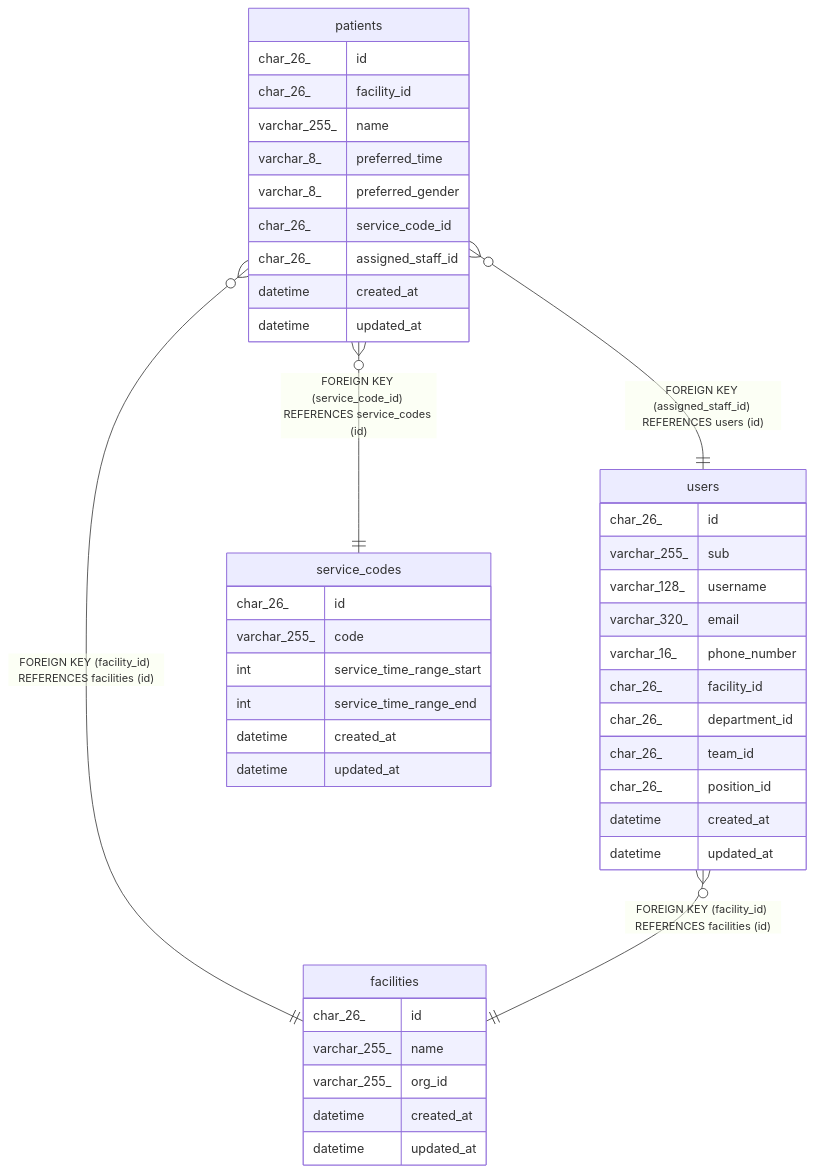
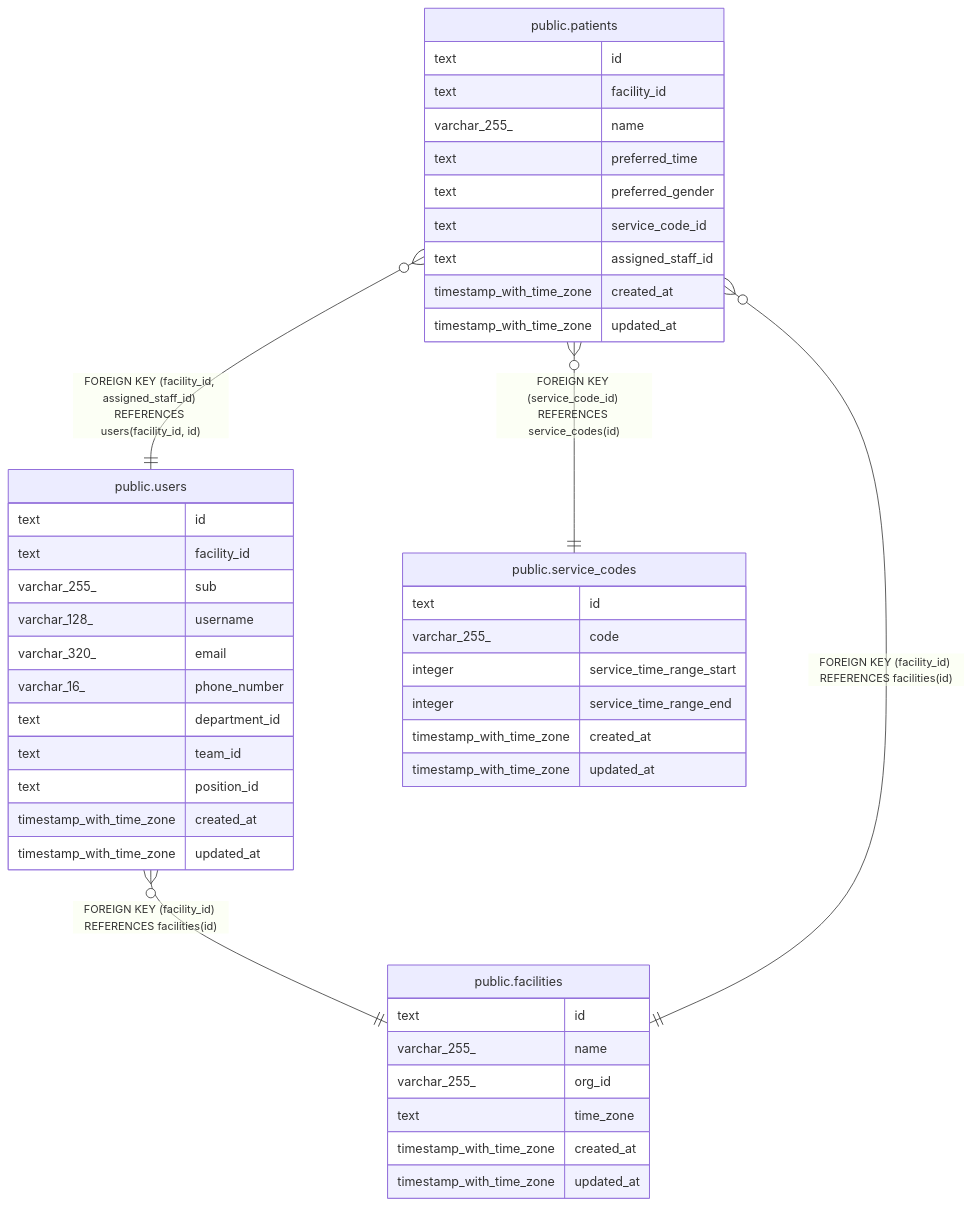
Before and after one commit to Fukuemon/buddy: the diagram in docs/db/schedule-api/viewpoint-patients.md, drawn with Mermaid. The commit also changed other lines of this file and 62 other files, not shown here.

````diff
--- a/docs/db/schedule-api/viewpoint-patients.md
+++ b/docs/db/schedule-api/viewpoint-patients.md
@@ -18,48 +18,49 @@
 ```mermaid
 erDiagram
 
-"patients" }o--|| "users" : "FOREIGN KEY (assigned_staff_id) REFERENCES users (id)"
-"patients" }o--|| "facilities" : "FOREIGN KEY (facility_id) REFERENCES facilities (id)"
-"patients" }o--|| "service_codes" : "FOREIGN KEY (service_code_id) REFERENCES service_codes (id)"
-"users" }o--|| "facilities" : "FOREIGN KEY (facility_id) REFERENCES facilities (id)"
+"public.users" }o--|| "public.facilities" : "FOREIGN KEY (facility_id) REFERENCES facilities(id)"
+"public.patients" }o--|| "public.facilities" : "FOREIGN KEY (facility_id) REFERENCES facilities(id)"
+"public.patients" }o--|| "public.users" : "FOREIGN KEY (facility_id, assigned_staff_id) REFERENCES users(facility_id, id)"
+"public.patients" }o--|| "public.service_codes" : "FOREIGN KEY (service_code_id) REFERENCES service_codes(id)"
 
-"facilities" {
-  char_26_ id
+"public.facilities" {
+  text id
   varchar_255_ name
   varchar_255_ org_id
-  datetime created_at
-  datetime updated_at
+  text time_zone
+  timestamp_with_time_zone created_at
+  timestamp_with_time_zone updated_at
 }
-"patients" {
-  char_26_ id
-  char_26_ facility_id
-  varchar_255_ name
-  varchar_8_ preferred_time
-  varchar_8_ preferred_gender
-  char_26_ service_code_id
-  char_26_ assigned_staff_id
-  datetime created_at
-  datetime updated_at
-}
-"service_codes" {
-  char_26_ id
-  varchar_255_ code
-  int service_time_range_start
-  int service_time_range_end
-  datetime created_at
-  datetime updated_at
-}
-"users" {
-  char_26_ id
+"public.users" {
+  text id
+  text facility_id
   varchar_255_ sub
   varchar_128_ username
   varchar_320_ email
   varchar_16_ phone_number
-  char_26_ facility_id
-  char_26_ department_id
-  char_26_ team_id
-  char_26_ position_id
-  datetime created_at
-  datetime updated_at
+  text department_id
+  text team_id
+  text position_id
+  timestamp_with_time_zone created_at
+  timestamp_with_time_zone updated_at
+}
+"public.service_codes" {
+  text id
+  varchar_255_ code
+  integer service_time_range_start
+  integer service_time_range_end
+  timestamp_with_time_zone created_at
+  timestamp_with_time_zone updated_at
+}
+"public.patients" {
+  text id
+  text facility_id
+  varchar_255_ name
+  text preferred_time
+  text preferred_gender
+  text service_code_id
+  text assigned_staff_id
+  timestamp_with_time_zone created_at
+  timestamp_with_time_zone updated_at
 }
 ```
````
